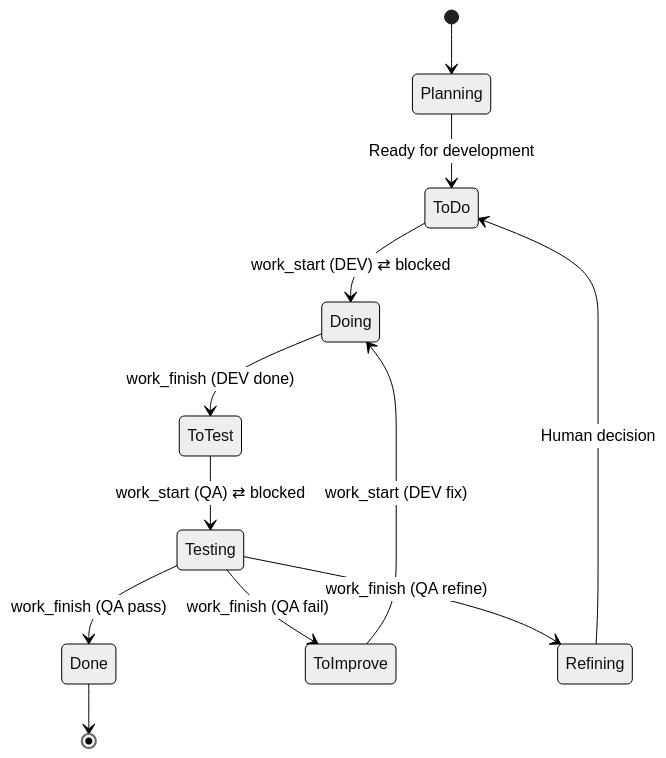
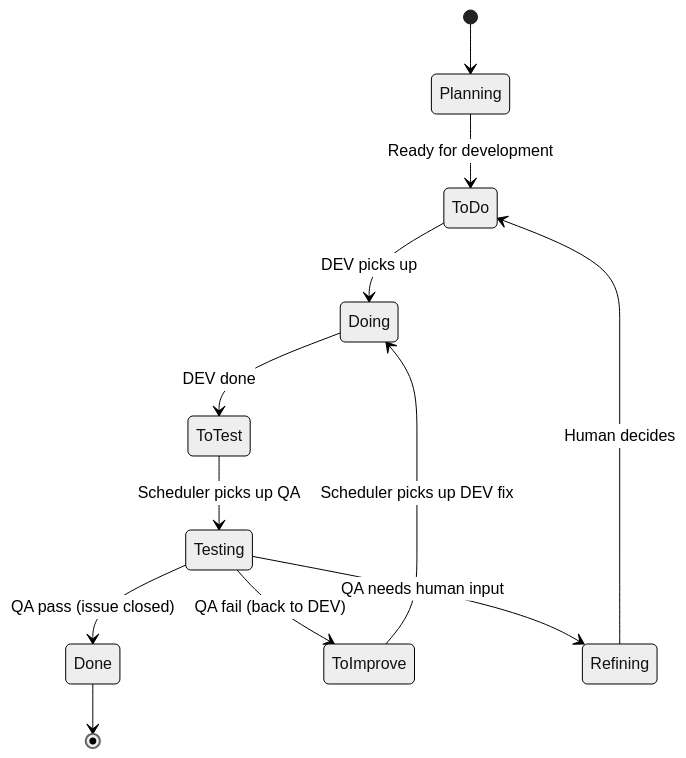
Before and after one commit to StrongheartedX/devclaw: the diagram in README.md, drawn with Mermaid (neutral theme). The commit also changed other lines of this file and 1 other file, not shown here.

````diff
--- a/README.md
+++ b/README.md
@@ -108,18 +131,18 @@
 ```mermaid
 stateDiagram-v2
     [*] --> Planning
     Planning --> ToDo: Ready for development
 
-    ToDo --> Doing: work_start (DEV) ⇄ blocked
-    Doing --> ToTest: work_finish (DEV done)
+    ToDo --> Doing: DEV picks up
+    Doing --> ToTest: DEV done
 
-    ToTest --> Testing: work_start (QA) ⇄ blocked
-    Testing --> Done: work_finish (QA pass)
-    Testing --> ToImprove: work_finish (QA fail)
-    Testing --> Refining: work_finish (QA refine)
+    ToTest --> Testing: Scheduler picks up QA
+    Testing --> Done: QA pass (issue closed)
+    Testing --> ToImprove: QA fail (back to DEV)
+    Testing --> Refining: QA needs human input
 
-    ToImprove --> Doing: work_start (DEV fix)
-    Refining --> ToDo: Human decision
+    ToImprove --> Doing: Scheduler picks up DEV fix
+    Refining --> ToDo: Human decides
 
     Done --> [*]
 ```
````
